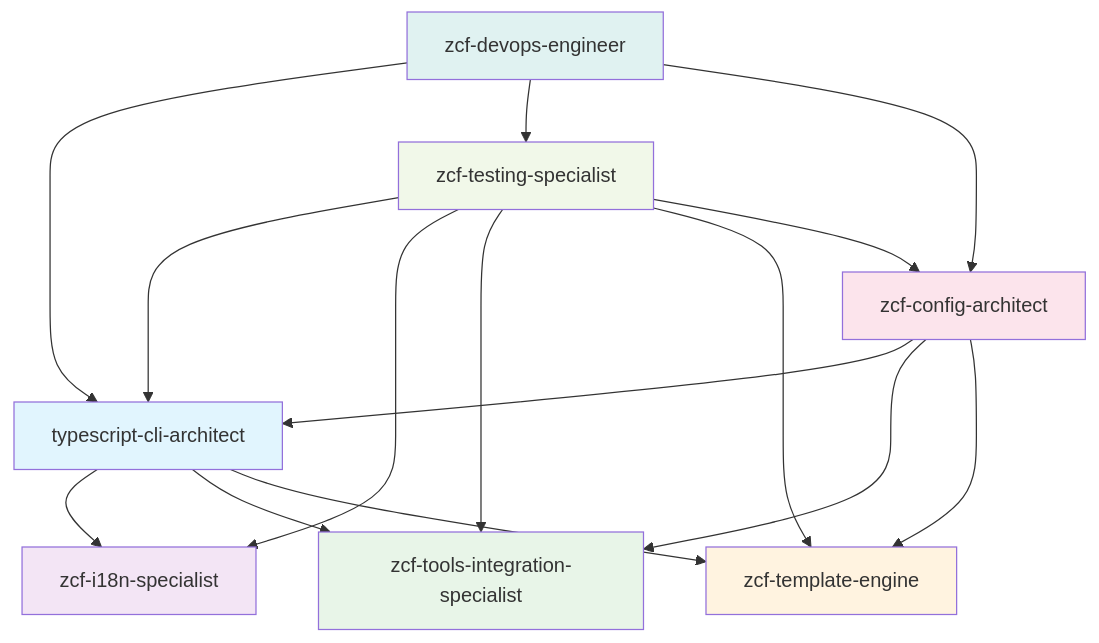
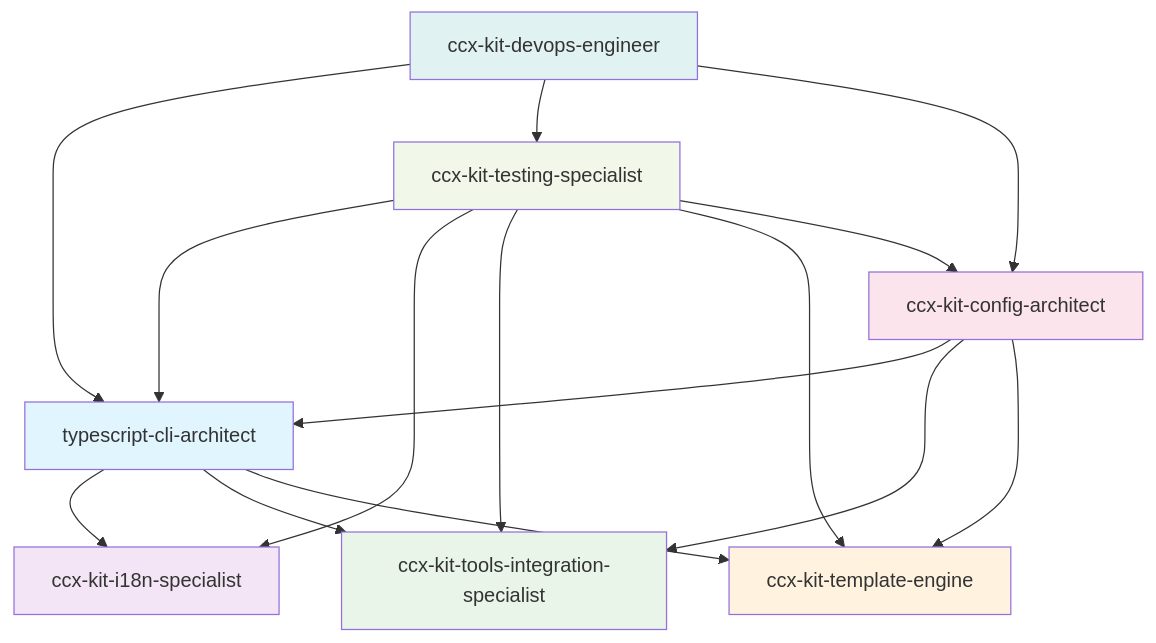
Before and after one commit to BenedictKing/ccx-kit: the second of 2 diagrams in CLAUDE.md, drawn with Mermaid. The commit also changed other lines of this file and 137 other files, not shown here.

First line of the commit message:
feat: rename ZCF to CCX-Kit and update banner logo

````diff
--- a/CLAUDE.md
+++ b/CLAUDE.md
@@ -324,28 +324,28 @@
 ```mermaid
 graph TD
-    A[typescript-cli-architect] --> B[zcf-i18n-specialist]
-    A --> C[zcf-tools-integration-specialist]
-    A --> D[zcf-template-engine]
+    A[typescript-cli-architect] --> B[ccx-kit-i18n-specialist]
+    A --> C[ccx-kit-tools-integration-specialist]
+    A --> D[ccx-kit-template-engine]
 
-    E[zcf-config-architect] --> A
+    E[ccx-kit-config-architect] --> A
     E --> C
     E --> D
 
-    F[zcf-testing-specialist] --> A
+    F[ccx-kit-testing-specialist] --> A
     F --> B
     F --> C
     F --> D
     F --> E
 
-    G[zcf-devops-engineer] --> A
+    G[ccx-kit-devops-engineer] --> A
     G --> F
     G --> E
 
     style A fill:#e1f5fe
     style B fill:#f3e5f5
     style C fill:#e8f5e8
     style D fill:#fff3e0
     style E fill:#fce4ec
     style F fill:#f1f8e9
     style G fill:#e0f2f1
 ```
````
